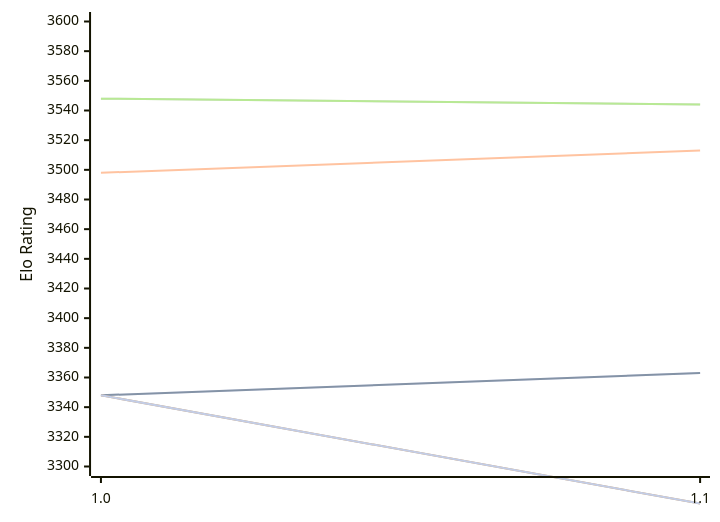
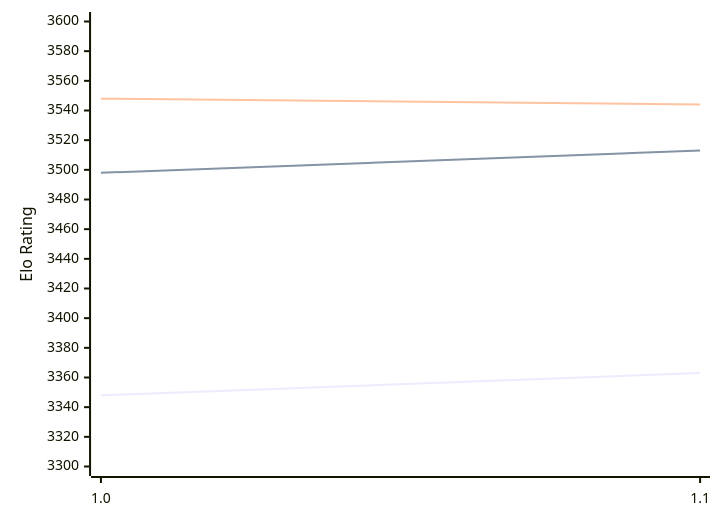
One commit to computer-chess-index/cci changed the diagram in engines/Horsie.md. Above: the diagram before and after it, drawn with Mermaid. The commit also changed other lines of this file, not shown here.

````diff
--- a/engines/Horsie.md
+++ b/engines/Horsie.md
@@ -48,13 +48,9 @@
 ```mermaid
 %%{init: {"theme":"base","themeVariables":{"seriesColors:['#a3a3a3','#222221','#faa371']}}}%%
 xychart-beta
   x-axis ["1.0", "1.1"]
   y-axis "Elo Rating" 3300 --> 3600
-  line "" [3348, 3363]
   line "T1: STC (8.0+0.08s)" [3348, 3363]
   line "T1: LTC (60.0+0.60s)" [3498, 3513]
-  line "" [3548, 3544]
   line "T1: VLTC (2m24s+1.12s)" [3548, 3544]
-  line "" [3348,3275]
-  line "E1: STC (8.0+0.08s)" [3348,3275]
 ```
````
